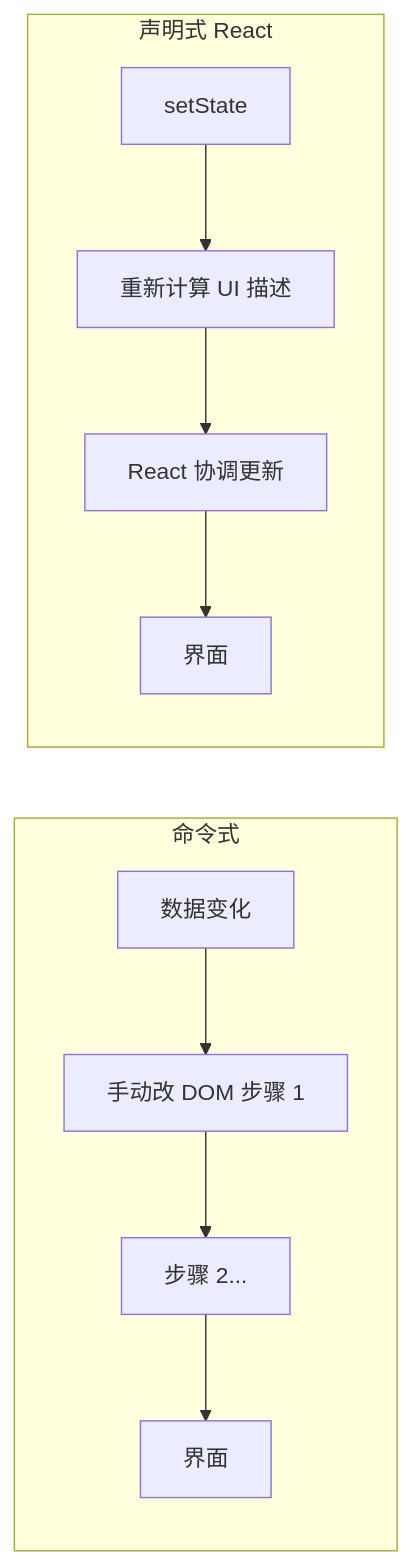
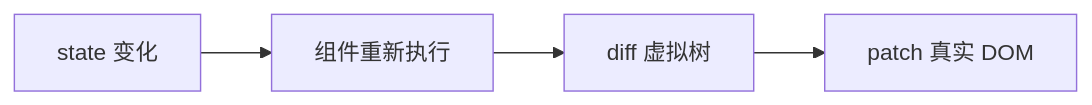
One commit to YancyZ/Knowledge-base changed the diagram in 前端框架篇/React/01-认知与生态/01-React是什么与核心思想.md. Above: the diagram before and after it, drawn with Mermaid. The commit also changed other lines of this file and 224 other files, not shown here.

````diff
--- a/前端框架篇/React/01-认知与生态/01-React是什么与核心思想.md
+++ b/前端框架篇/React/01-认知与生态/01-React是什么与核心思想.md
@@ -65,13 +40,6 @@
 ```mermaid
 flowchart LR
-  subgraph imperative [命令式]
-    D1[数据变化] --> M1[手动改 DOM 步骤 1]
-    M1 --> M2[步骤 2...]
-    M2 --> UI1[界面]
-  end
-  subgraph declarative [声明式 React]
-    D2[setState] --> R[重新计算 UI 描述]
-    R --> REC[React 协调更新]
-    REC --> UI2[界面]
-  end
+  S[state 变化] --> R[组件重新执行]
+  R --> D[diff 虚拟树]
+  D --> P[patch 真实 DOM]
 ```
````
